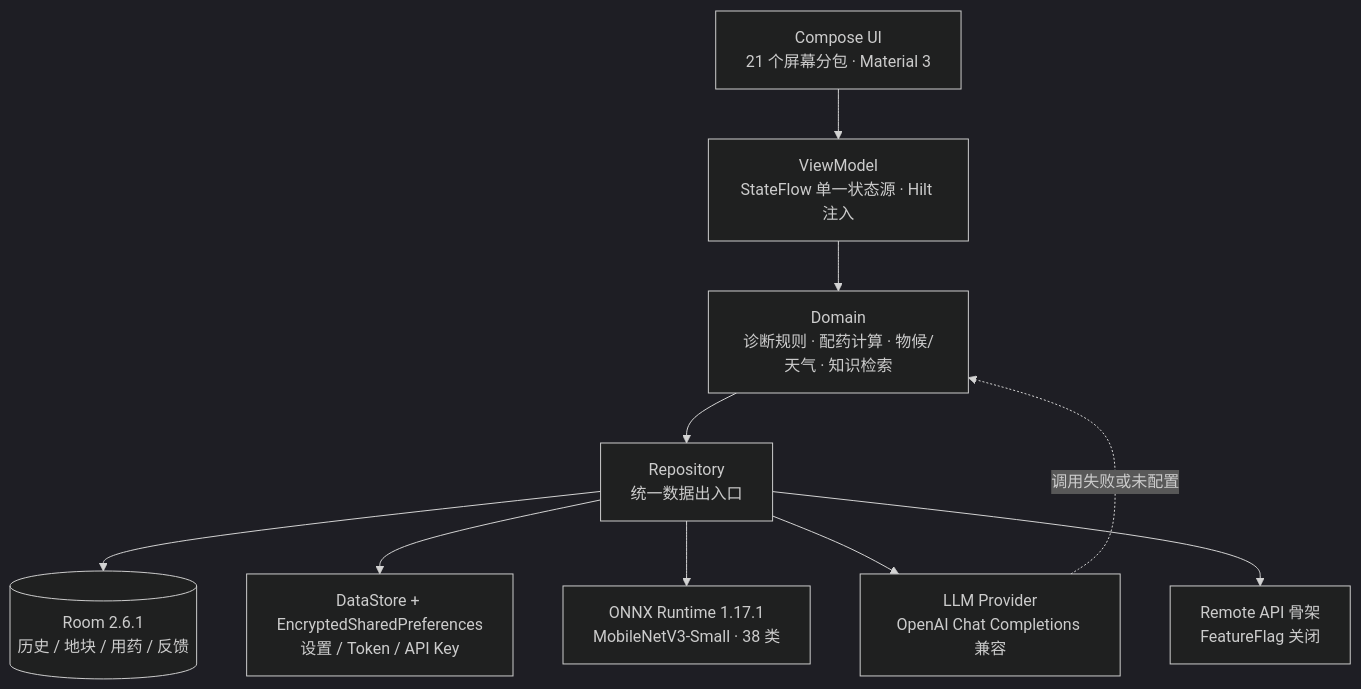
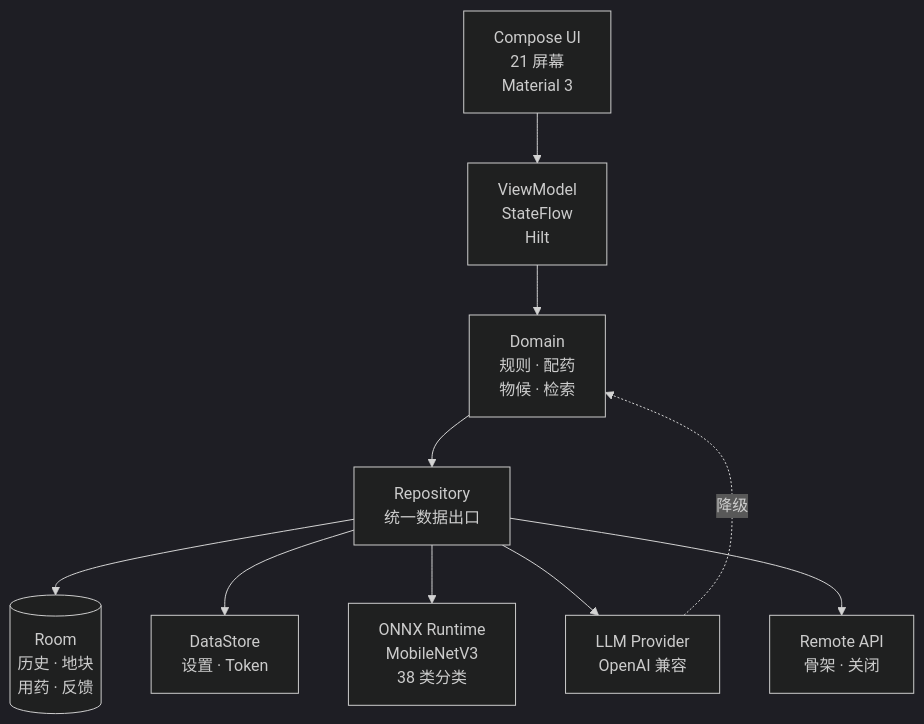
One commit to ououlin/AgroVision changed the first of 2 diagrams in README.md. Above: the diagram before and after it, drawn with Mermaid (dark theme). The commit also changed other lines of this file, not shown here.

Commit message:
docs(readme): 调整两张 mermaid 图的排版，消除中文断行
原图在默认节点宽度下把「Hilt 注入」「归一化」折成两行，观感较差。
按 mermaid 默认约 15 ASCII / 7 CJK 字符的换行阈值重排标签：
每行控制在一短语内，节点统一为 2–3 行，版本号等细节交由「技术栈」表承载。

已本地渲染校验两张图均可正常出图（49 KB / 28 KB PNG）。

````diff
--- a/README.md
+++ b/README.md
@@ -61,15 +61,15 @@
 ```mermaid
 flowchart TD
-    UI["Compose UI<br/>21 个屏幕分包 · Material 3"]
-    VM["ViewModel<br/>StateFlow 单一状态源 · Hilt 注入"]
-    DOM["Domain<br/>诊断规则 · 配药计算 · 物候/天气 · 知识检索"]
-    REPO["Repository<br/>统一数据出入口"]
+    UI["Compose UI<br/>21 屏幕<br/>Material 3"]
+    VM["ViewModel<br/>StateFlow<br/>Hilt"]
+    DOM["Domain<br/>规则 · 配药<br/>物候 · 检索"]
+    REPO["Repository<br/>统一数据出口"]
 
     UI --> VM --> DOM --> REPO
-    REPO --> DB[("Room 2.6.1<br/>历史 / 地块 / 用药 / 反馈")]
-    REPO --> KV["DataStore + EncryptedSharedPreferences<br/>设置 / Token / API Key"]
-    REPO --> ML["ONNX Runtime 1.17.1<br/>MobileNetV3-Small · 38 类"]
-    REPO --> LLM["LLM Provider<br/>OpenAI Chat Completions 兼容"]
-    REPO --> API["Remote API 骨架<br/>FeatureFlag 关闭"]
-    LLM -.->|调用失败或未配置| DOM
+    REPO --> DB[("Room<br/>历史 · 地块<br/>用药 · 反馈")]
+    REPO --> KV["DataStore<br/>设置 · Token"]
+    REPO --> ML["ONNX Runtime<br/>MobileNetV3<br/>38 类分类"]
+    REPO --> LLM["LLM Provider<br/>OpenAI 兼容"]
+    REPO --> API["Remote API<br/>骨架 · 关闭"]
+    LLM -.->|降级| DOM
 ```
````
